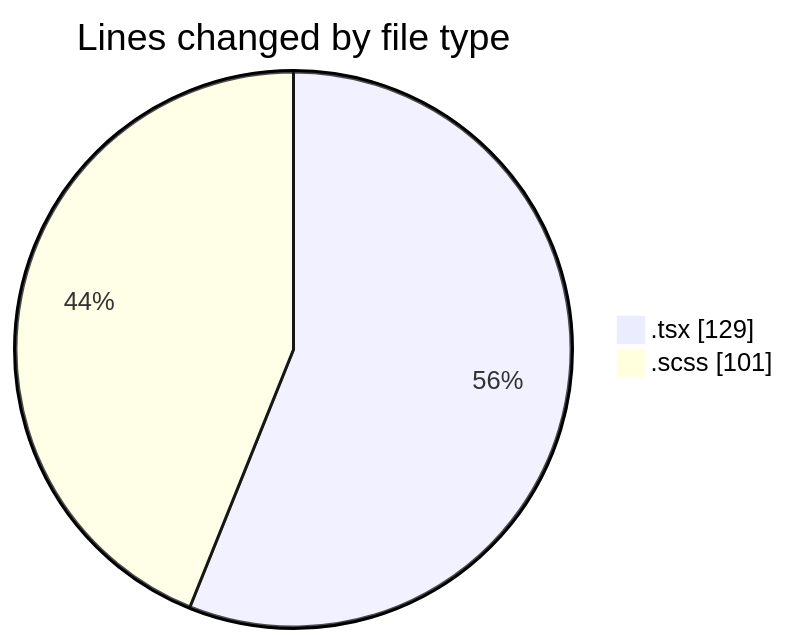
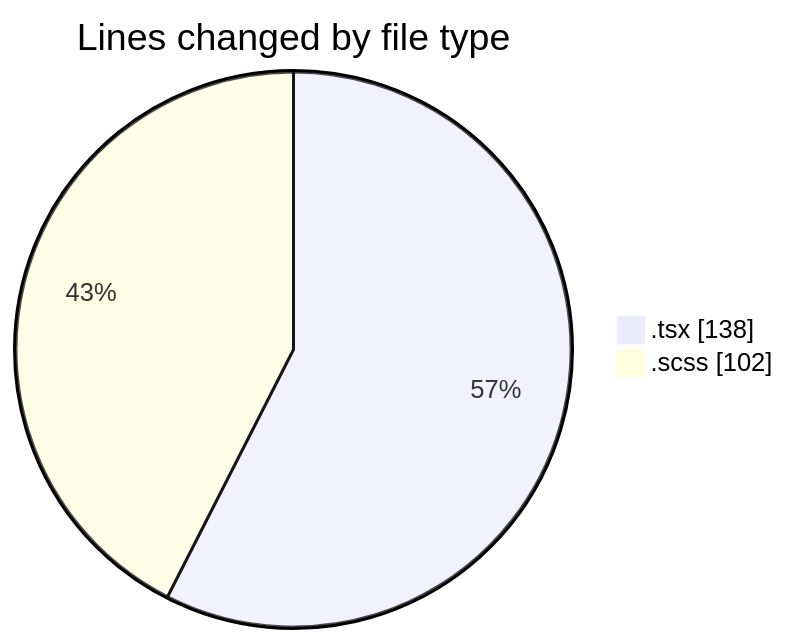
Before and after one commit to momahboobian/code-tracking: the first of 2 diagrams in 2026-04-16/cda/README.md, drawn with Mermaid. The commit also changed other lines of this file and 1 other file, not shown here.

````diff
--- a/2026-04-16/cda/README.md
+++ b/2026-04-16/cda/README.md
@@ -22,6 +22,6 @@
 ```mermaid
 pie showData
 title Lines changed by file type
-".tsx" : 129
-".scss" : 101
+".tsx" : 138
+".scss" : 102
 ```
````
